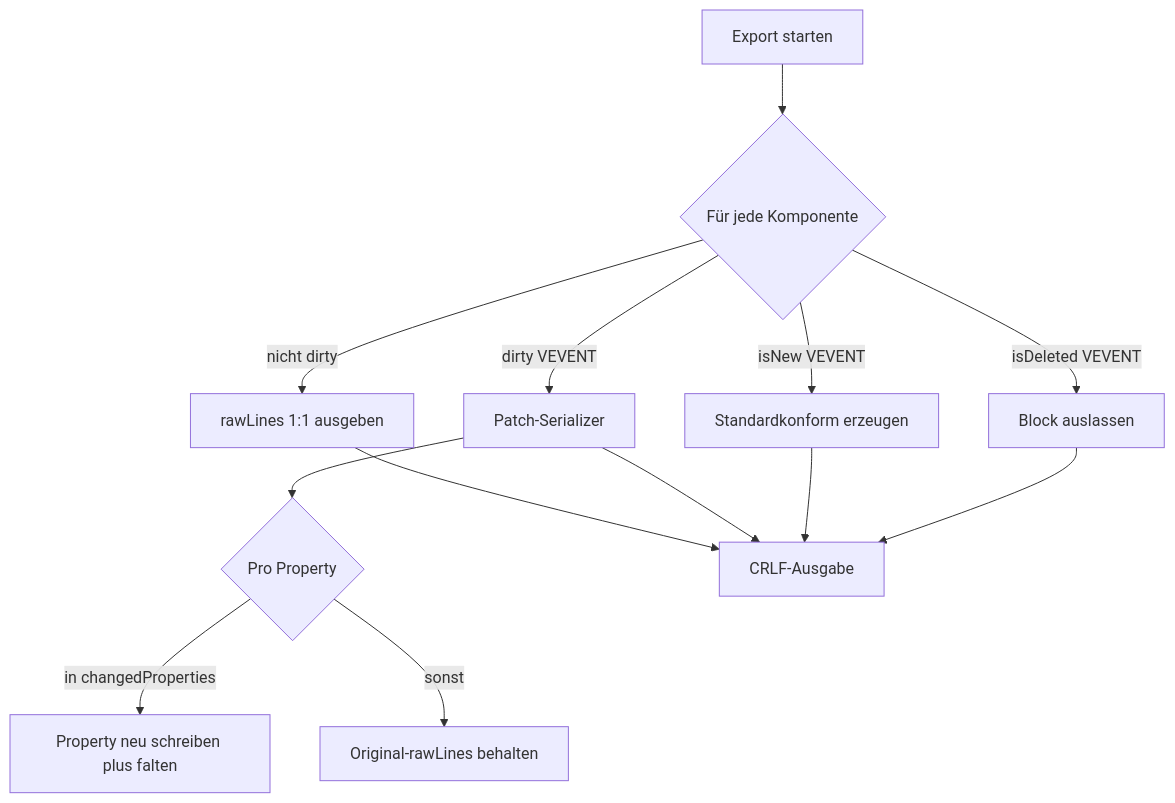
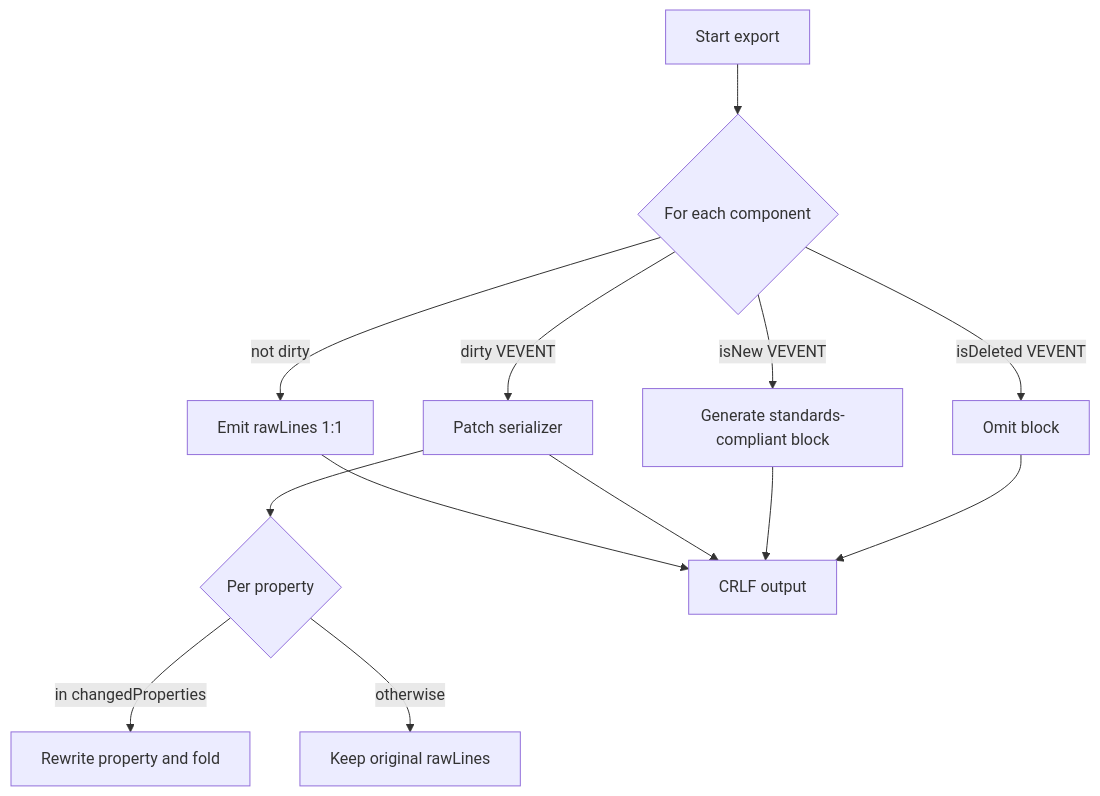
Before and after one commit to clavicarius/ics-editor: the second of 2 diagrams in docs/Architecture.md, drawn with Mermaid. The commit also changed other lines of this file and 12 other files, not shown here.

````diff
--- a/docs/Architecture.md
+++ b/docs/Architecture.md
@@ -75,15 +73,15 @@
 ```mermaid
 flowchart TD
-  Start["Export starten"] --> LoopComp{"Für jede Komponente"}
-  LoopComp -->|"isDeleted VEVENT"| Skip["Block auslassen"]
-  LoopComp -->|"nicht dirty"| Raw["rawLines 1:1 ausgeben"]
-  LoopComp -->|"dirty VEVENT"| Patch["Patch-Serializer"]
-  LoopComp -->|"isNew VEVENT"| New["Standardkonform erzeugen"]
-  Patch --> PerProp{"Pro Property"}
-  PerProp -->|"in changedProperties"| Rewrite["Property neu schreiben plus falten"]
-  PerProp -->|"sonst"| Keep["Original-rawLines behalten"]
-  Raw --> Emit["CRLF-Ausgabe"]
+  Start["Start export"] --> LoopComp{"For each component"}
+  LoopComp -->|"isDeleted VEVENT"| Skip["Omit block"]
+  LoopComp -->|"not dirty"| Raw["Emit rawLines 1:1"]
+  LoopComp -->|"dirty VEVENT"| Patch["Patch serializer"]
+  LoopComp -->|"isNew VEVENT"| New["Generate standards-compliant block"]
+  Patch --> PerProp{"Per property"}
+  PerProp -->|"in changedProperties"| Rewrite["Rewrite property and fold"]
+  PerProp -->|"otherwise"| Keep["Keep original rawLines"]
+  Raw --> Emit["CRLF output"]
   Patch --> Emit
   New --> Emit
   Skip --> Emit
 ```
````
